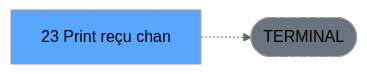
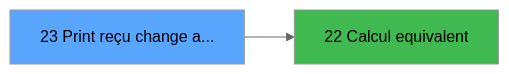
The fourth of 4 diagrams in .openspec/specs/ADH-IDE-23.md (thonyAGP/magic-migration), drawn with Mermaid (neutral theme) before and after one commit. The commit also changed other lines of this file and 253 other files, not shown here.

````diff
--- a/.openspec/specs/ADH-IDE-23.md
+++ b/.openspec/specs/ADH-IDE-23.md
@@ -141,8 +887,8 @@
 ```mermaid
 graph LR
-    T[23 Print reçu chan]
-    TERM([TERMINAL])
-    T -.-> TERM
-    style TERM fill:#6b7280,stroke-dasharray: 5 5
-    style T fill:#58a6ff,color:#000
+    T23[23 Print reçu change a...]
+    style T23 fill:#58a6ff
+    C22[22 Calcul equivalent]
+    T23 --> C22
+    style C22 fill:#3fb950
 ```
````
